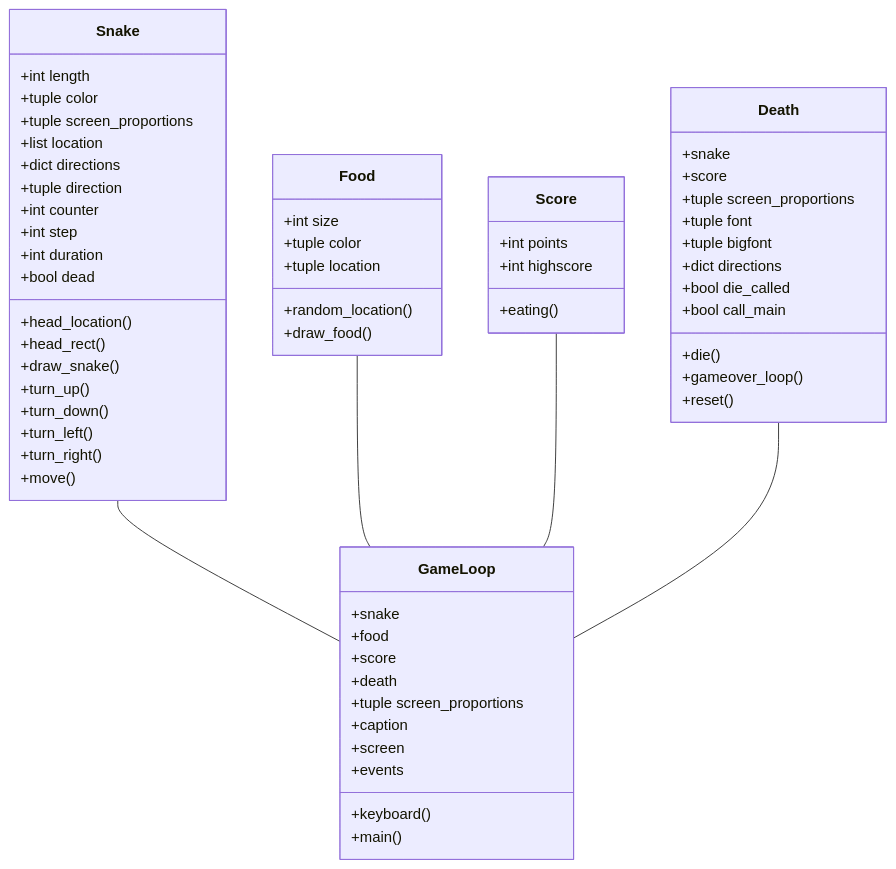
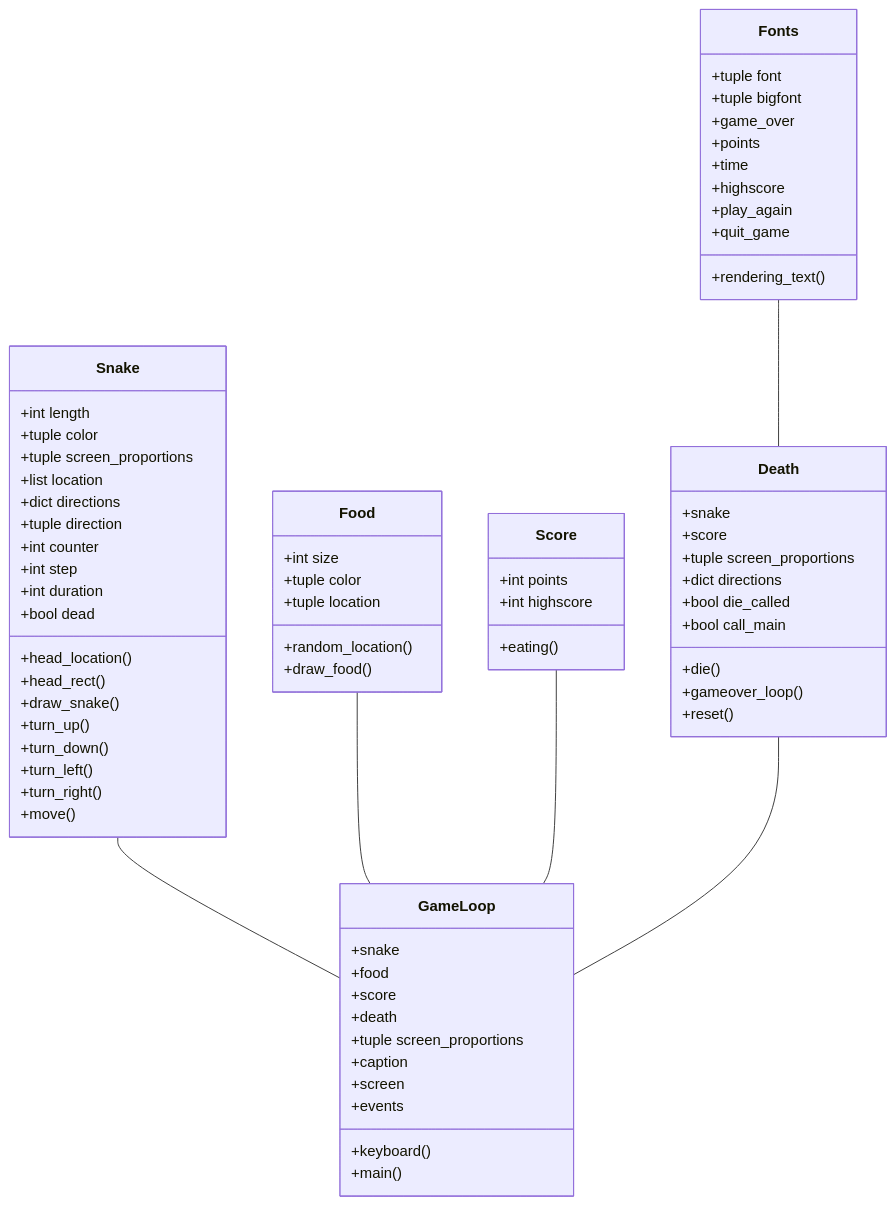
The first of 3 diagrams in dokumentaatio/arkkitehtuuri.md (lottapispa/ot-harjoitystyo), drawn with Mermaid before and after one commit. The commit also changed other lines of this file, not shown here.

````diff
--- a/dokumentaatio/arkkitehtuuri.md
+++ b/dokumentaatio/arkkitehtuuri.md
@@ -6,64 +6,74 @@
 ```mermaid
 classDiagram
     Snake -- GameLoop
     Food -- GameLoop
     Score -- GameLoop
     Death -- GameLoop
+    Fonts -- Death
     class Snake{
         +int length
         +tuple color
         +tuple screen_proportions
         +list location
         +dict directions
         +tuple direction
         +int counter
         +int step
         +int duration
         +bool dead
         +head_location()
         +head_rect()
         +draw_snake()
         +turn_up()
         +turn_down()
         +turn_left()
         +turn_right()
         +move()
     }
     class Food{
         +int size
         +tuple color
         +tuple location
         +random_location()
         +draw_food()
     }
     class Score{
         +int points
         +int highscore
         +eating()
     }
     class Death{
         +snake
         +score
         +tuple screen_proportions
-        +tuple font
-        +tuple bigfont
         +dict directions
         +bool die_called
         +bool call_main
         +die()
         +gameover_loop()
         +reset()
+    }
+    class Fonts{
+        +tuple font
+        +tuple bigfont
+        +game_over
+        +points
+        +time
+        +highscore
+        +play_again
+        +quit_game
+        +rendering_text()
     }
     class GameLoop{
         +snake
         +food
         +score
         +death
         +tuple screen_proportions
         +caption
         +screen
         +events
         +keyboard()
         +main()
     }
 ```
````
